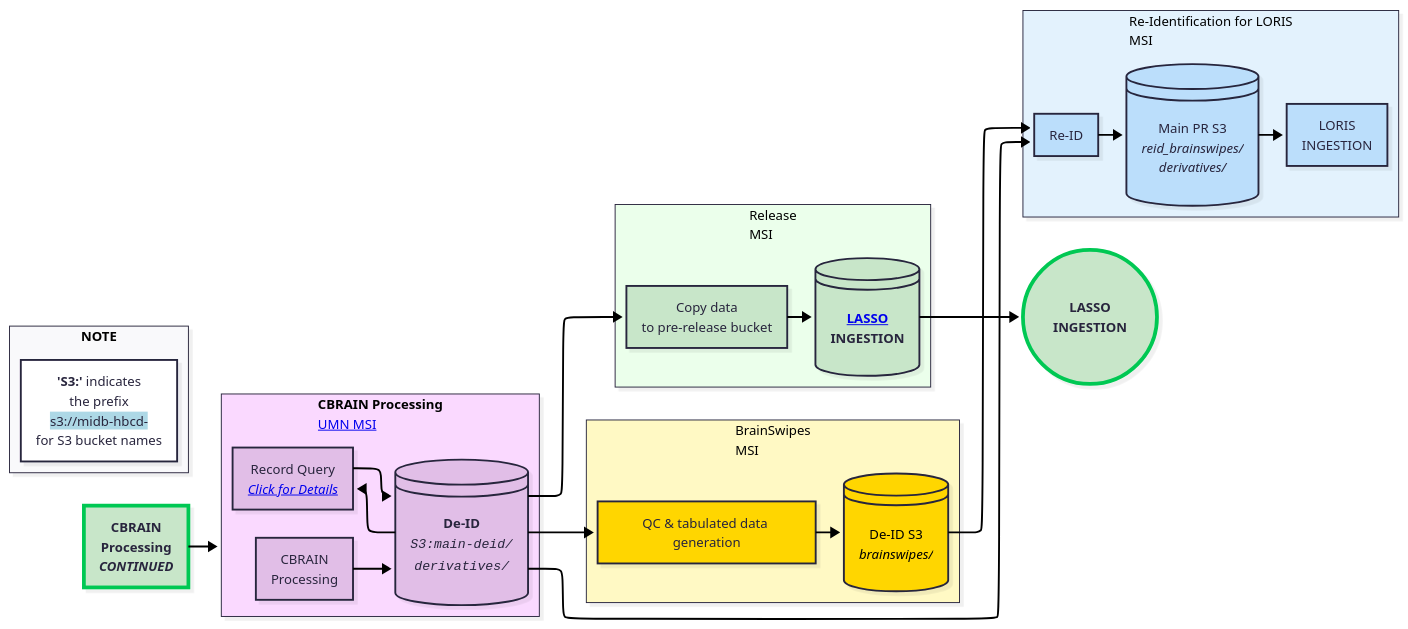
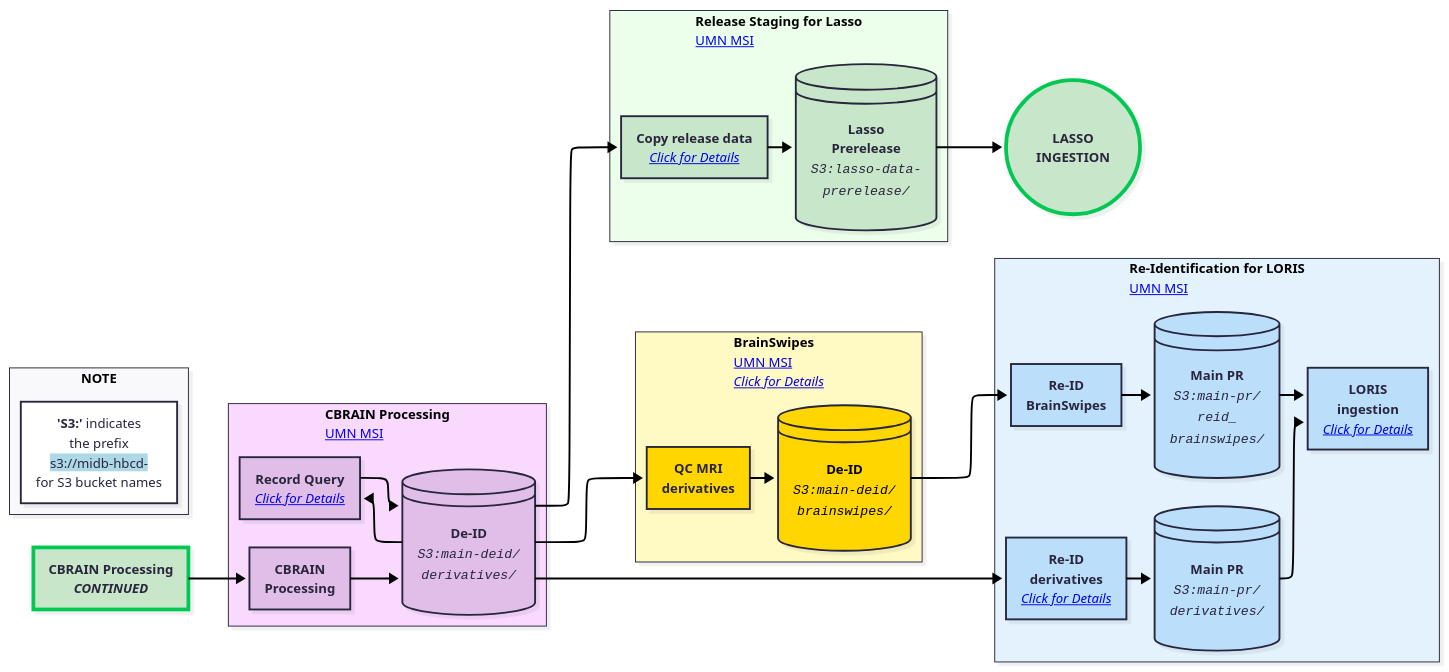
One commit to DCAN-Labs/hbcd-docs-internal changed the diagram in src/mermaid/fb-wf-2.mmd. Above: the diagram before and after it, drawn with Mermaid. The commit also changed 4 other files, not shown here.

```diff
--- a/src/mermaid/fb-wf-2.mmd
+++ b/src/mermaid/fb-wf-2.mmd
@@ -1,63 +1,76 @@
 ---
 config:
   layout: elk
   look: neo
   theme: redux
 ---
 flowchart LR
  subgraph s2["<b>CBRAIN Processing</b><br><a href=../../orgcharts/#midb-informatics-hub-msi rel=noopener target=_blank>UMN MSI</a>"]
-        n24["CBRAIN<br>Processing"]
+        n24["<b>CBRAIN<br>Processing</b>"]
         n25["<b>De-ID<br></b><i><code>S3:main-deid/<br>derivatives/</code></i>"]
-        n26@{ label: "Record Query<br><a href='../data-proc-wf/#record-query' target=_blank><i>Click for Details</i></a>" }
+        n26@{ label: "<b>Record Query<br></b><a href=\"../data-proc-wf/#record-query\" target=\"_top\"><i>Click for Details</i></a>" }
   end
- subgraph s3["Re-Identification for LORIS<br>MSI"]
-        n27["Re-ID"]
-        n28@{ label: "<span style=\"color:\">Main PR S3</span><br style=\"color:\"><span style=\"color:\"><i>reid_brainswipes/<br>derivatives</i></span><i style=\"color:\">/</i>" }
-        n43["LORIS<br>INGESTION"]
+ subgraph s3["<b>Re-Identification for LORIS<br></b><a href=../../orgcharts/#midb-informatics-hub-msi rel=noopener target=_blank>UMN MSI</a>"]
+        n27@{ label: "<b>Re-ID<br>derivatives</b><br><a href=\"../data-proc-wf/#re-id\" target=\"_top\"><i>Click for Details</i></a>" }
+        n28@{ label: "<b><span style=\"color:\">Main PR<br></span></b><i><code>S3:main-pr/<br>derivatives/</code></i>" }
+        n43@{ label: "<b>LORIS<br>ingestion</b><br><a href=\"../data-proc-wf/#loris-ingestion\" target=\"_top\"><i>Click for Details</i></a>" }
+        n45["<b>Re-ID<br>BrainSwipes</b><br>"]
+        n46["<b>Main PR</b><br><i><code>S3:main-pr/<br>reid_<br>brainswipes/</code></i>"]
   end
- subgraph s4["BrainSwipes<br>MSI"]
-        n32["QC &amp; tabulated data generation"]
-        n33@{ label: "<div style=\"color:\"><div>De-ID S3<br></div><div></div></div><div style=\"color:\"><i style=\"background-color:\"><font style=\"font-size:\">brainswipes/</font></i></div>" }
+ subgraph s4["<b>BrainSwipes<br></b><a href=../../orgcharts/#midb-informatics-hub-msi rel=noopener target=_blank>UMN MSI</a><br><a href=../data-proc-wf/#brainswipes target=_top><i>Click for Details</i></a>"]
+        n32["<b>QC MRI<br>derivatives</b>"]
+        n33@{ label: "<div style=\"color:\"><div><b>De-ID<br></b><i><code>S3:main-deid/<br>brainswipes/</code></i></div></div>" }
   end
- subgraph s5["Release<br>MSI"]
-        n35["Copy data<br>to pre-release bucket"]
-        n36@{ label: "<a href=\"../../orgcharts/#lasso\" rel=\"noopener\" target=\"_blank\"><b>LASSO</a><br>INGESTION</b>" }
+ subgraph s5["<b>Release Staging for Lasso<br></b><a href=../../orgcharts/#midb-informatics-hub-msi rel=noopener target=_blank>UMN MSI</a>"]
+        n35@{ label: "<b>Copy release data</b><br><a href=\"../data-proc-wf/#copy-to-release\" target=\"_top\"><i>Click for Details</i></a>" }
+        n36["<b>Lasso<br>Prerelease</b><br><i><code>S3:lasso-data-<br>prerelease/</code></i>"]
   end
  subgraph s6["<b>NOTE</b>"]
         legend@{ label: "<b>'S3:'</b> indicates<br>the prefix<span style=\"background-color:\"><br></span><span style=\"background-color:lightblue;\">s3://midb-hbcd-<br></span>for S3 bucket names" }
+  end
+ subgraph s7["<br>"]
+        n40(("<b>LASSO<br>INGESTION</b>"))
   end
     n24 --> n25
     n25 --> n26 & n27 & n35 & n32
     n26 --> n25
     n27 --> n28
     n32 --> n33
-    n33 --> n27
     n35 --> n36
-    n36 --> n40(("<b>LASSO<br>INGESTION</b>"))
     n28 --> n43
-    n44["<b>CBRAIN<br>Processing<br><i>CONTINUED</i></b>"] --> s2
+    n44["<b>CBRAIN Processing<br><i>CONTINUED</i></b>"] --> n24
+    n33 --> n45
+    n45 --> n46
+    n46 --> n43
+    n36 --> n40
     n24@{ shape: rect}
     n25@{ shape: disk}
     n26@{ shape: rect}
     n27@{ shape: rect}
     n28@{ shape: disk}
+    n43@{ shape: rect}
+    n45@{ shape: rect}
+    n46@{ shape: disk}
     n33@{ shape: disk}
     n35@{ shape: rect}
     n36@{ shape: disk}
     n44@{ shape: rect}
     style n24 fill:#E1BEE7
     style n25 fill:#E1BEE7
     style n26 fill:#E1BEE7
     style n27 fill:#BBDEFB
     style n28 fill:#BBDEFB
     style n43 fill:#BBDEFB
+    style n45 fill:#BBDEFB
+    style n46 fill:#BBDEFB
     style n32 fill:#FFD600
     style n33 fill:#FFD600,color:#000000
     style n35 fill:#C8E6C9
     style n36 fill:#C8E6C9
     style n40 fill:#C8E6C9,stroke:#00C853,stroke-width:4px,stroke-dasharray: 0
     style n44 fill:#C8E6C9,stroke-width:4px,stroke-dasharray: 0,stroke:#00C853
+    style s5 fill:#EBFFEB
     style s2 fill:#FAD9FF
     style s3 fill:#E3F2FD
     style s4 fill:#FFF9C4
-    style s5 fill:#EBFFEB
+    style s7 stroke:none,fill:transparent
```
